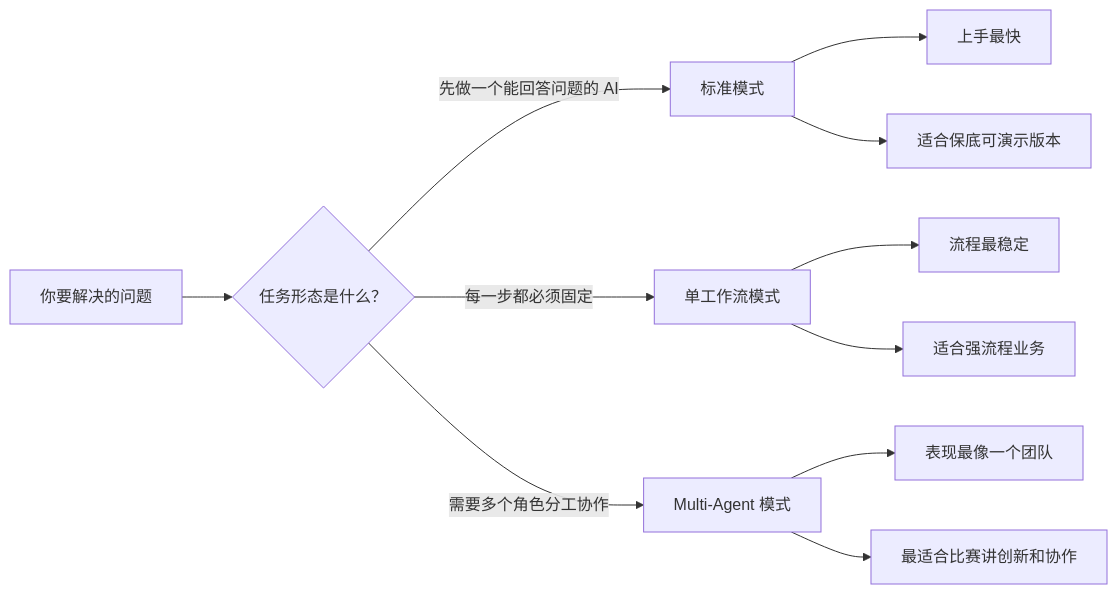
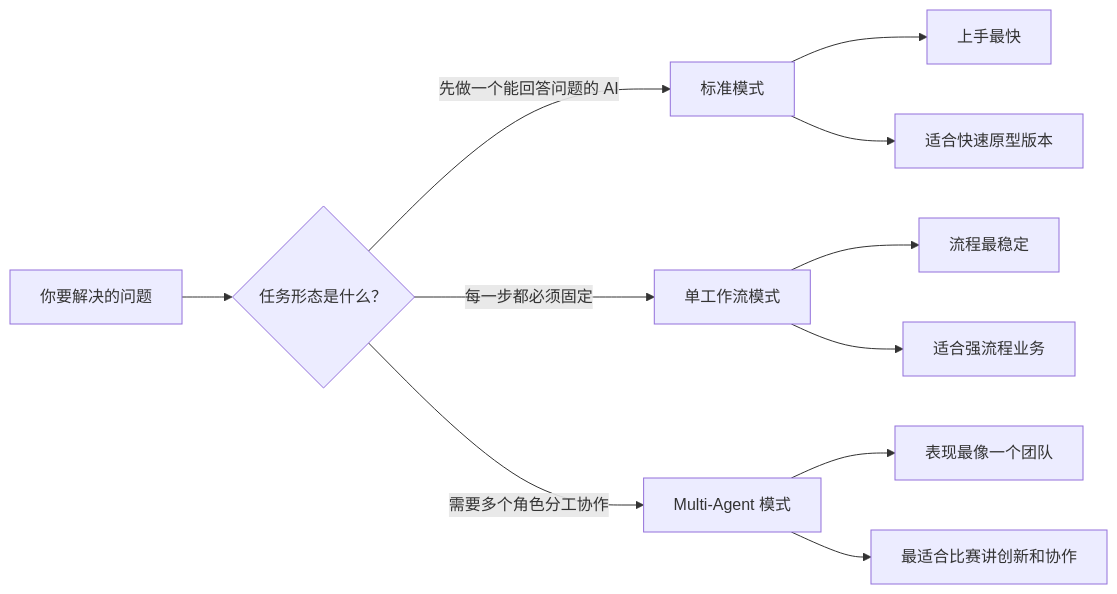
Before and after one commit to chenqsq/doc-showcase: the second of 12 diagrams in doc/腾讯平台使用文档/腾讯云ADP-Multi-Agent版AI教师智能体从0到1新手闭环指南.md, drawn with Mermaid. The commit also changed other lines of this file and 8 other files, not shown here.

````diff
--- a/doc/腾讯平台使用文档/腾讯云ADP-Multi-Agent版AI教师智能体从0到1新手闭环指南.md
+++ b/doc/腾讯平台使用文档/腾讯云ADP-Multi-Agent版AI教师智能体从0到1新手闭环指南.md
@@ -80,16 +78,16 @@
 ```mermaid
 flowchart LR
     U["你要解决的问题"] --> Q{"任务形态是什么？"}
     Q -->|先做一个能回答问题的 AI| S["标准模式"]
     Q -->|每一步都必须固定| W["单工作流模式"]
     Q -->|需要多个角色分工协作| M["Multi-Agent 模式"]
 
     S --> S1["上手最快"]
-    S --> S2["适合保底可演示版本"]
+    S --> S2["适合快速原型版本"]
 
     W --> W1["流程最稳定"]
     W --> W2["适合强流程业务"]
 
     M --> M1["表现最像一个团队"]
     M --> M2["最适合比赛讲创新和协作"]
 ```
````
